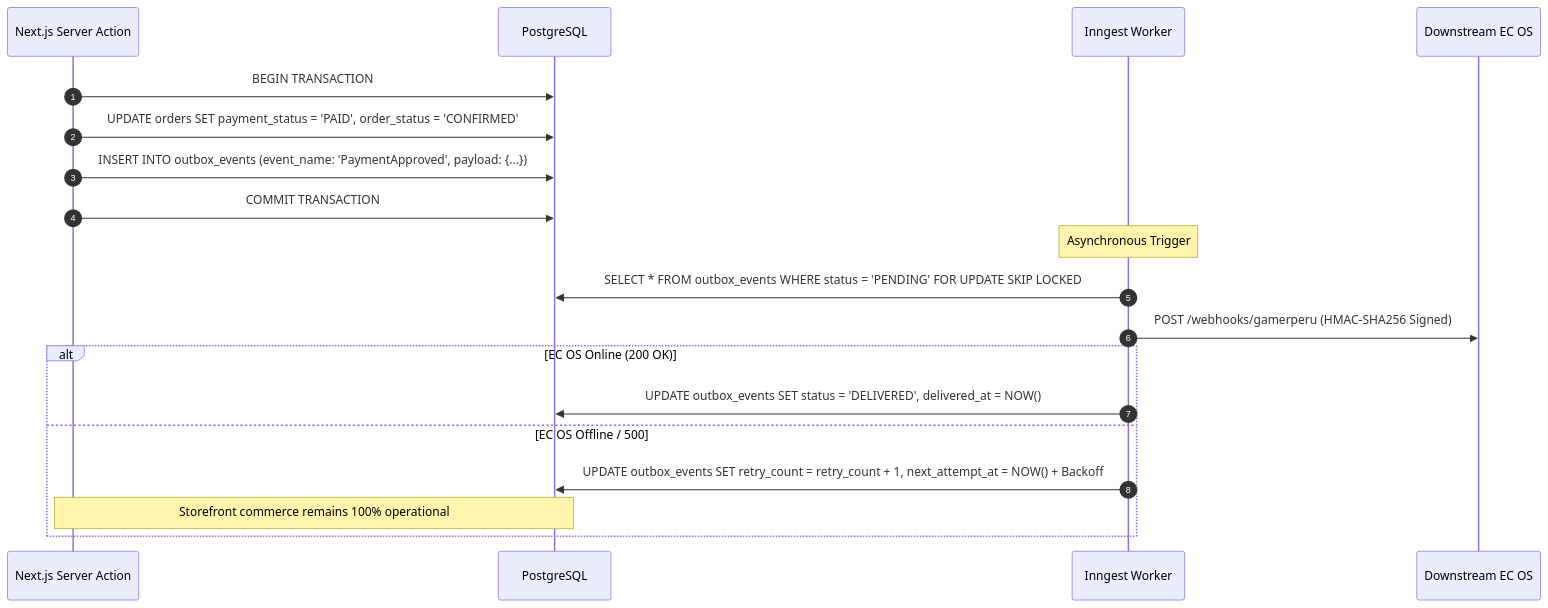
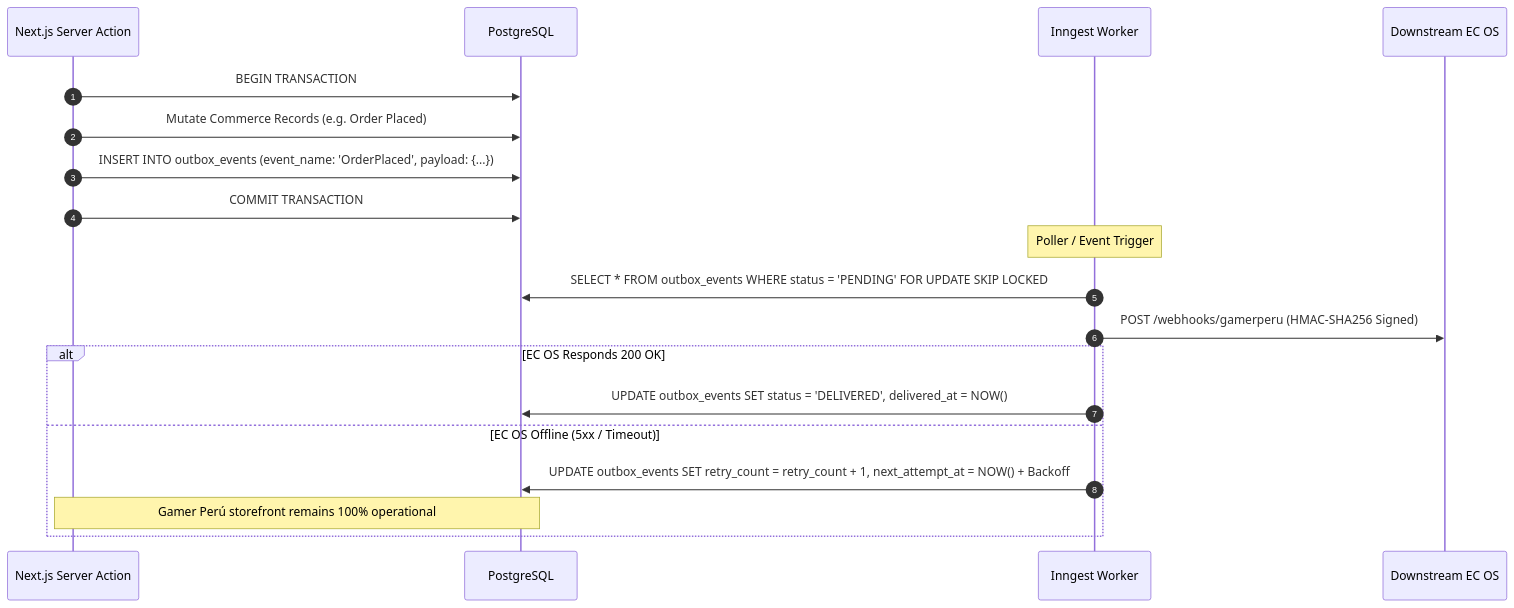
One commit to SaeBryxn/GamerPeru-Vercel changed diagram 15 of 15 in docs/architecture/COMMERCE_DOMAIN_MODEL.md. Above: the diagram before and after it, drawn with Mermaid. The commit also changed other lines of this file and 1 other file, not shown here.

Commit message:
docs: reconcile GP-004 commerce invariants and validation

````diff
--- a/docs/architecture/COMMERCE_DOMAIN_MODEL.md
+++ b/docs/architecture/COMMERCE_DOMAIN_MODEL.md
@@ -1213,23 +1392,23 @@
 ```mermaid
 sequenceDiagram
     autonumber
     participant App as Next.js Server Action
     participant DB as PostgreSQL
     participant Inngest as Inngest Worker
     participant ECOS as Downstream EC OS
 
     App->>DB: BEGIN TRANSACTION
-    App->>DB: UPDATE orders SET payment_status = 'PAID', order_status = 'CONFIRMED'
-    App->>DB: INSERT INTO outbox_events (event_name: 'PaymentApproved', payload: {...})
+    App->>DB: Mutate Commerce Records (e.g. Order Placed)
+    App->>DB: INSERT INTO outbox_events (event_name: 'OrderPlaced', payload: {...})
     App->>DB: COMMIT TRANSACTION
     
-    Note over Inngest: Asynchronous Trigger
+    Note over Inngest: Poller / Event Trigger
     Inngest->>DB: SELECT * FROM outbox_events WHERE status = 'PENDING' FOR UPDATE SKIP LOCKED
     Inngest->>ECOS: POST /webhooks/gamerperu (HMAC-SHA256 Signed)
-    alt EC OS Online (200 OK)
+    alt EC OS Responds 200 OK
         Inngest->>DB: UPDATE outbox_events SET status = 'DELIVERED', delivered_at = NOW()
-    else EC OS Offline / 500
+    else EC OS Offline (5xx / Timeout)
         Inngest->>DB: UPDATE outbox_events SET retry_count = retry_count + 1, next_attempt_at = NOW() + Backoff
-        Note over App,DB: Storefront commerce remains 100% operational
+        Note over App,DB: Gamer Perú storefront remains 100% operational
     end
 ```
````
